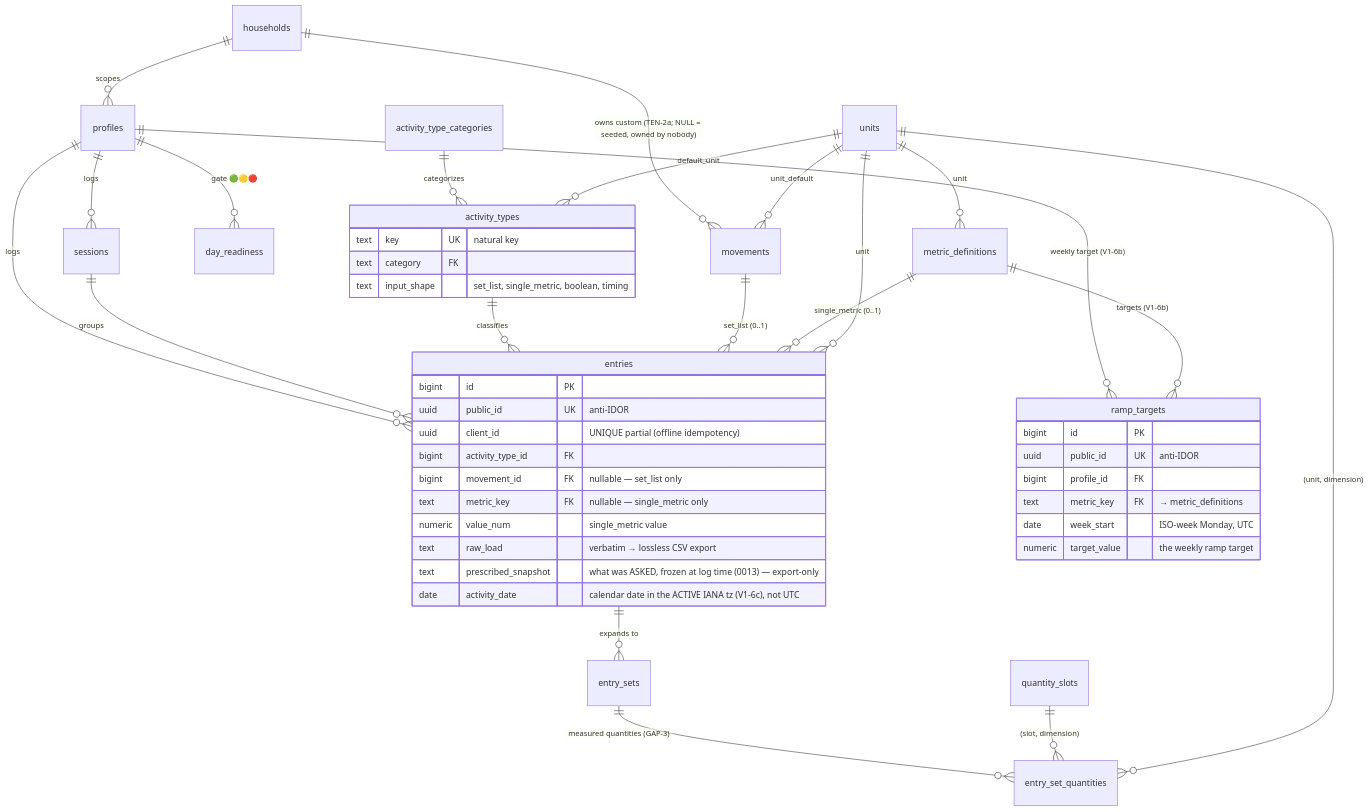
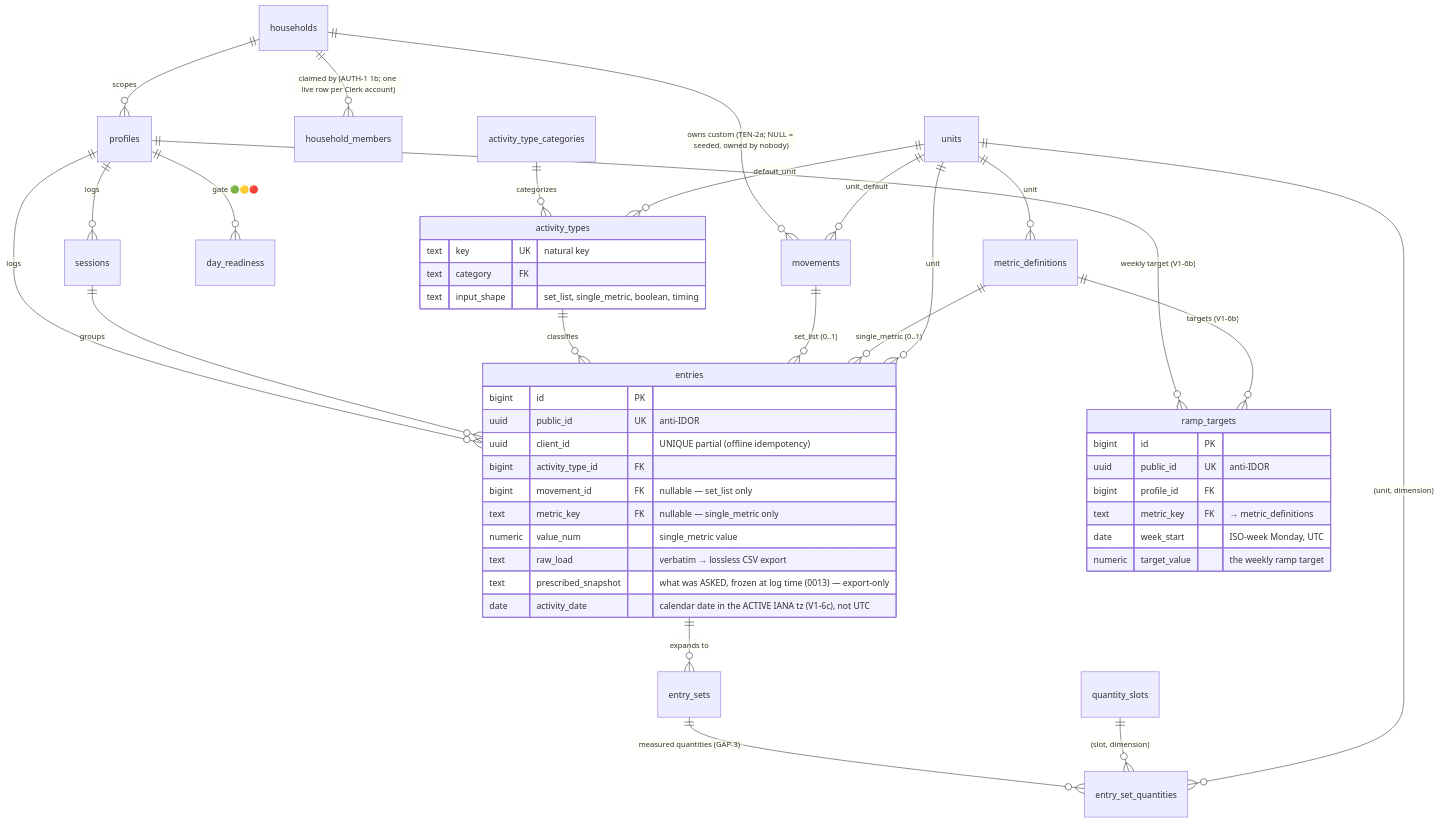
The eighth of 13 diagrams in docs/architecture.md (ralamode/mat-plan), drawn with Mermaid before and after one commit. The commit also changed other lines of this file and 1 other file, not shown here.

````diff
--- a/docs/architecture.md
+++ b/docs/architecture.md
@@ -316,49 +325,50 @@
 ```mermaid
 erDiagram
   households ||--o{ profiles : "scopes"
+  households ||--o{ household_members : "claimed by (AUTH-1 1b; one live row per Clerk account)"
   households ||--o{ movements : "owns custom (TEN-2a; NULL = seeded, owned by nobody)"
   profiles ||--o{ sessions : "logs"
   profiles ||--o{ entries : "logs"
   profiles ||--o{ day_readiness : "gate 🟢🟡🔴"
   profiles ||--o{ ramp_targets : "weekly target (V1-6b)"
   sessions ||--o{ entries : "groups"
   entries ||--o{ entry_sets : "expands to"
   entry_sets ||--o{ entry_set_quantities : "measured quantities (GAP-3)"
   quantity_slots ||--o{ entry_set_quantities : "(slot, dimension)"
   units ||--o{ entry_set_quantities : "(unit, dimension)"
   activity_type_categories ||--o{ activity_types : "categorizes"
   activity_types ||--o{ entries : "classifies"
   movements ||--o{ entries : "set_list (0..1)"
   metric_definitions ||--o{ entries : "single_metric (0..1)"
   metric_definitions ||--o{ ramp_targets : "targets (V1-6b)"
   units ||--o{ activity_types : "default_unit"
   units ||--o{ movements : "unit_default"
   units ||--o{ metric_definitions : "unit"
   units ||--o{ entries : "unit"
 
   entries {
     bigint id PK
     uuid public_id UK "anti-IDOR"
     uuid client_id "UNIQUE partial (offline idempotency)"
     bigint activity_type_id FK
     bigint movement_id FK "nullable — set_list only"
     text metric_key FK "nullable — single_metric only"
     numeric value_num "single_metric value"
     text raw_load "verbatim → lossless CSV export"
     text prescribed_snapshot "what was ASKED, frozen at log time (0013) — export-only"
     date activity_date "calendar date in the ACTIVE IANA tz (V1-6c), not UTC"
   }
   activity_types {
     text key UK "natural key"
     text category FK
     text input_shape "set_list, single_metric, boolean, timing"
   }
   ramp_targets {
     bigint id PK
     uuid public_id UK "anti-IDOR"
     bigint profile_id FK
     text metric_key FK "→ metric_definitions"
     date week_start "ISO-week Monday, UTC"
     numeric target_value "the weekly ramp target"
   }
 ```
````
